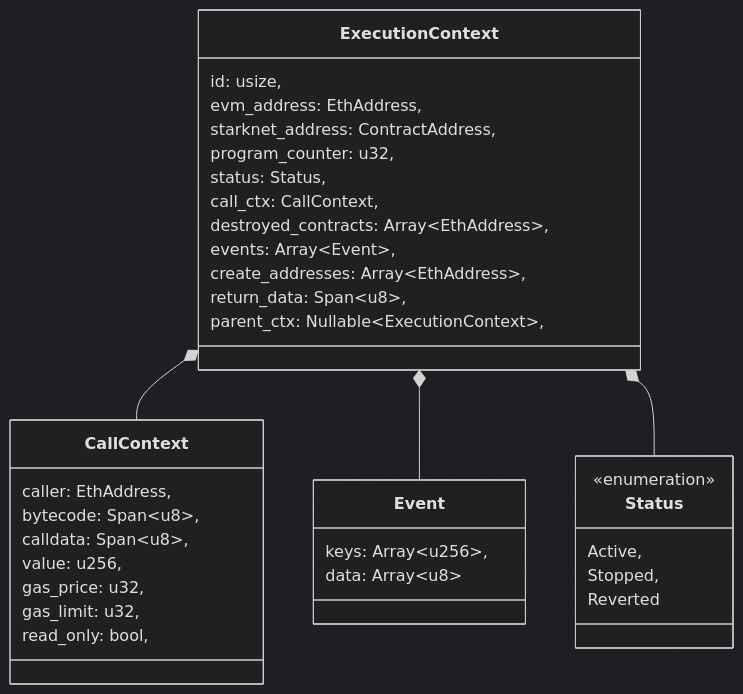
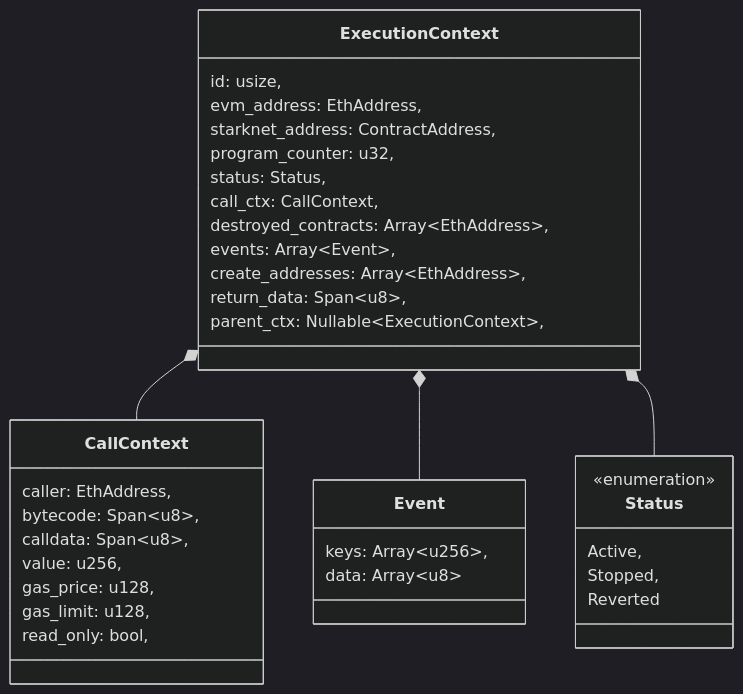
The first of 2 diagrams in docs/general/execution_context.md (kkrt-labs/kakarot-ssj), drawn with Mermaid (dark theme) before and after one commit. The commit also changed 9 other files, not shown here.

````diff
--- a/docs/general/execution_context.md
+++ b/docs/general/execution_context.md
@@ -16,42 +16,42 @@
 ```mermaid
 classDiagram
     class ExecutionContext{
         id: usize,
         evm_address: EthAddress,
         starknet_address: ContractAddress,
         program_counter: u32,
         status: Status,
         call_ctx: CallContext,
         destroyed_contracts: Array~EthAddress~,
         events: Array~Event~,
         create_addresses: Array~EthAddress~,
         return_data: Span~u8~,
         parent_ctx: Nullable~ExecutionContext~,
     }
 
     class CallContext{
         caller: EthAddress,
         bytecode: Span~u8~,
         calldata: Span~u8~,
         value: u256,
-        gas_price: u32,
-        gas_limit: u32,
+        gas_price: u128,
+        gas_limit: u128,
         read_only: bool,
     }
 
     class Event{
         keys: Array~u256~,
         data: Array~u8~
     }
 
     class Status{
     <<enumeration>>
       Active,
       Stopped,
       Reverted
     }
 
     ExecutionContext *-- CallContext
     ExecutionContext *-- Event
     ExecutionContext *-- Status
 ```
````
